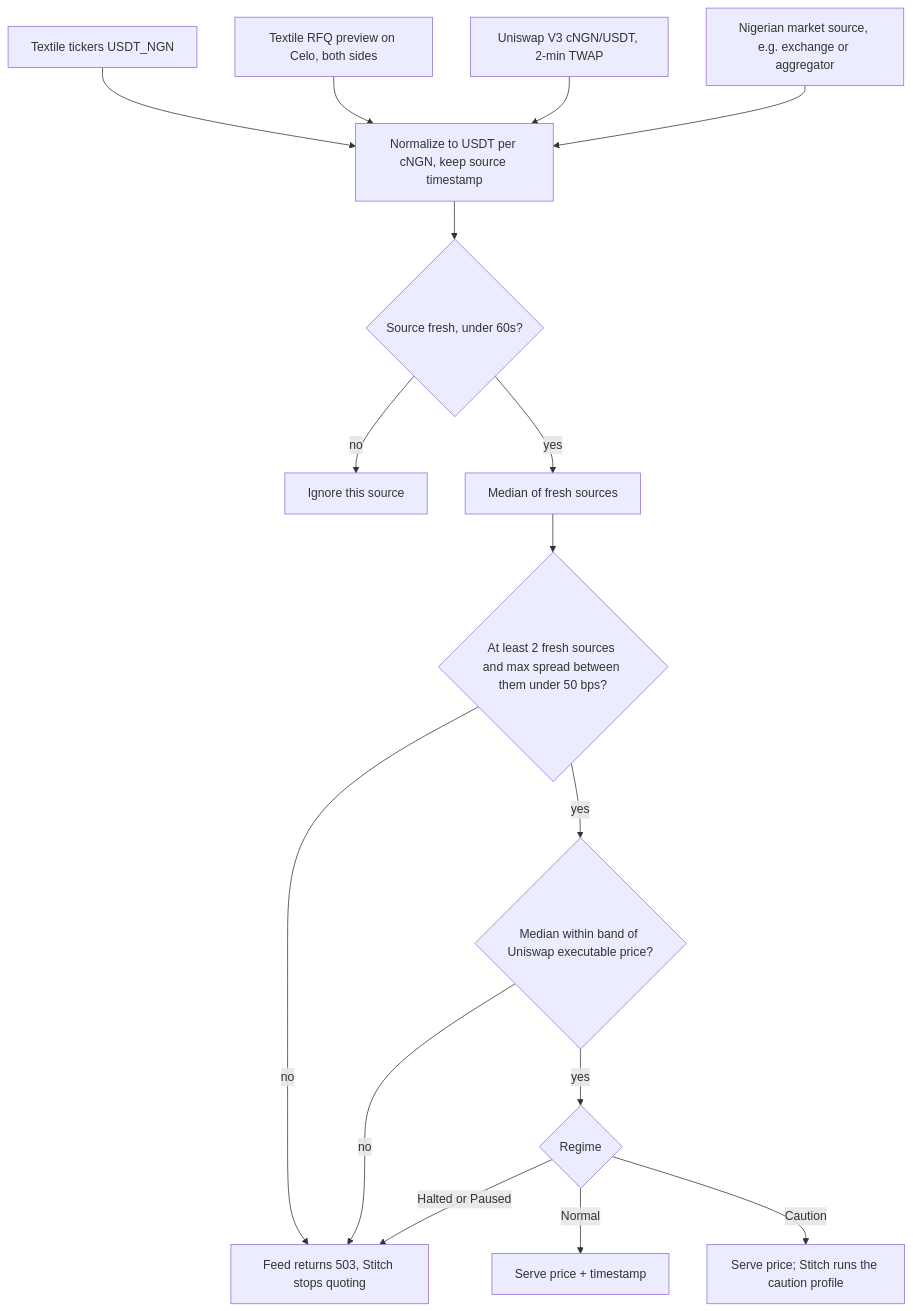
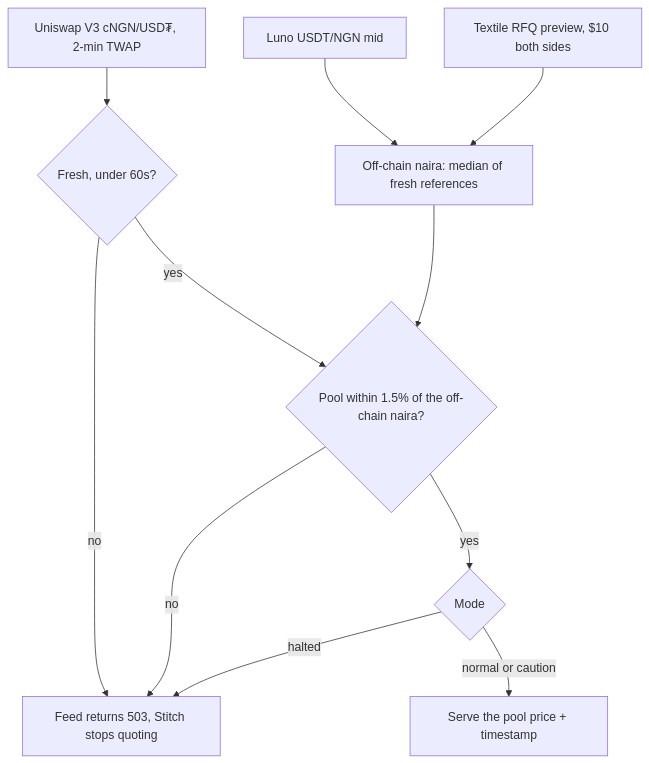
The seventh of 11 diagrams in docs/ARCHITECTURE.md (Kanasjnr/naira-desk), drawn with Mermaid before and after one commit. The commit also changed other lines of this file and 1 other file, not shown here.

````diff
--- a/docs/ARCHITECTURE.md
+++ b/docs/ARCHITECTURE.md
@@ -346,18 +360,13 @@
 ```mermaid
 flowchart TD
-  S1["Textile tickers USDT_NGN"] --> NORM
-  S2["Textile RFQ preview on Celo, both sides"] --> NORM
-  S3["Uniswap V3 cNGN/USDT, 2-min TWAP"] --> NORM
-  S4["Nigerian market source, e.g. exchange or aggregator"] --> NORM
-  NORM["Normalize to USDT per cNGN, keep source timestamp"] --> FRESH{"Source fresh, under 60s?"}
-  FRESH -->|no| DROP["Ignore this source"]
-  FRESH -->|yes| MED["Median of fresh sources"]
-  MED --> AGREE{"At least 2 fresh sources and max spread between them under 50 bps?"}
-  AGREE -->|no| HALT["Feed returns 503, Stitch stops quoting"]
-  AGREE -->|yes| BAND{"Median within band of Uniswap executable price?"}
-  BAND -->|no| HALT
-  BAND -->|yes| REG{"Regime"}
-  REG -->|Normal| OUT["Serve price + timestamp"]
-  REG -->|Caution| OUT2["Serve price; Stitch runs the caution profile"]
-  REG -->|Halted or Paused| HALT
+  UNI["Uniswap V3 cNGN/USD₮, 2-min TWAP"] --> FRESH{"Fresh, under 60s?"}
+  FRESH -->|no| HALT["Feed returns 503, Stitch stops quoting"]
+  LUNO["Luno USDT/NGN mid"] --> REF["Off-chain naira: median of fresh references"]
+  TEXT["Textile RFQ preview, $10 both sides"] --> REF
+  FRESH -->|yes| GAP{"Pool within 1.5% of the off-chain naira?"}
+  REF --> GAP
+  GAP -->|no| HALT
+  GAP -->|yes| MODE{"Mode"}
+  MODE -->|normal or caution| OUT["Serve the pool price + timestamp"]
+  MODE -->|halted| HALT
 ```
````
